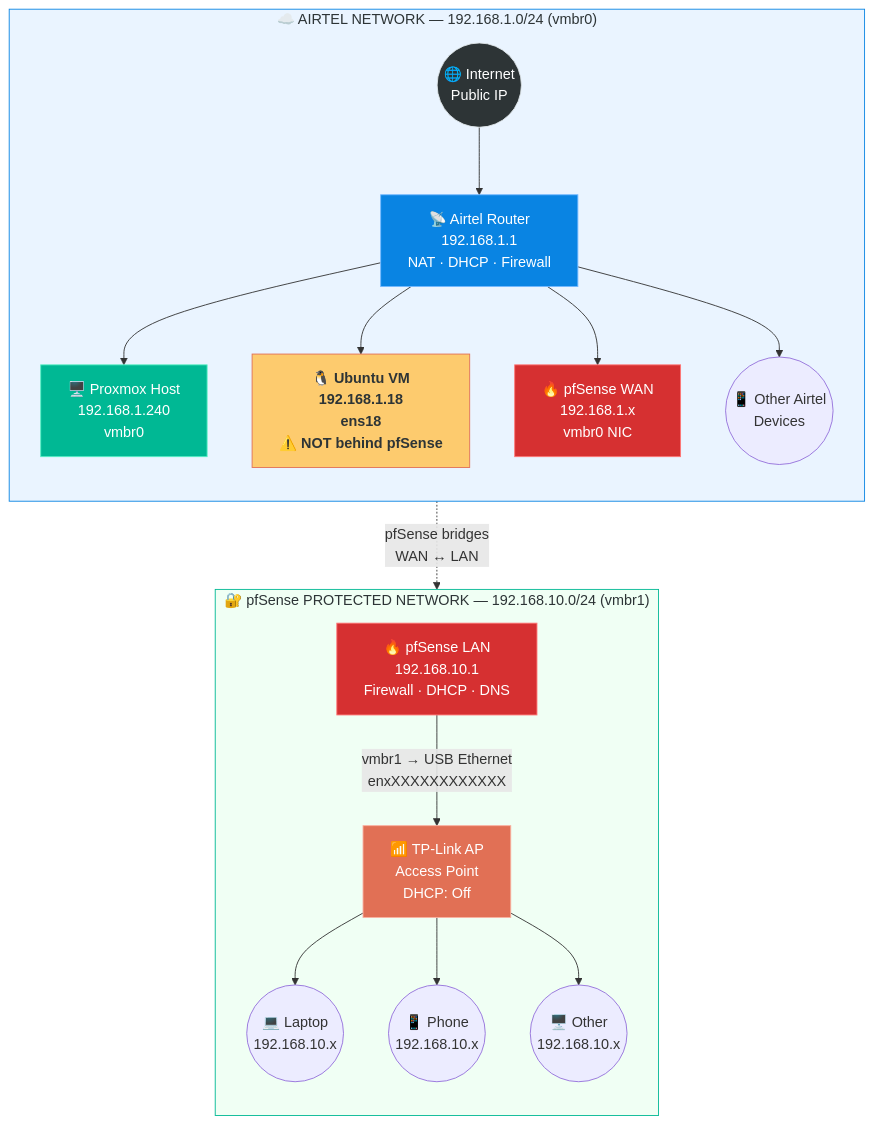
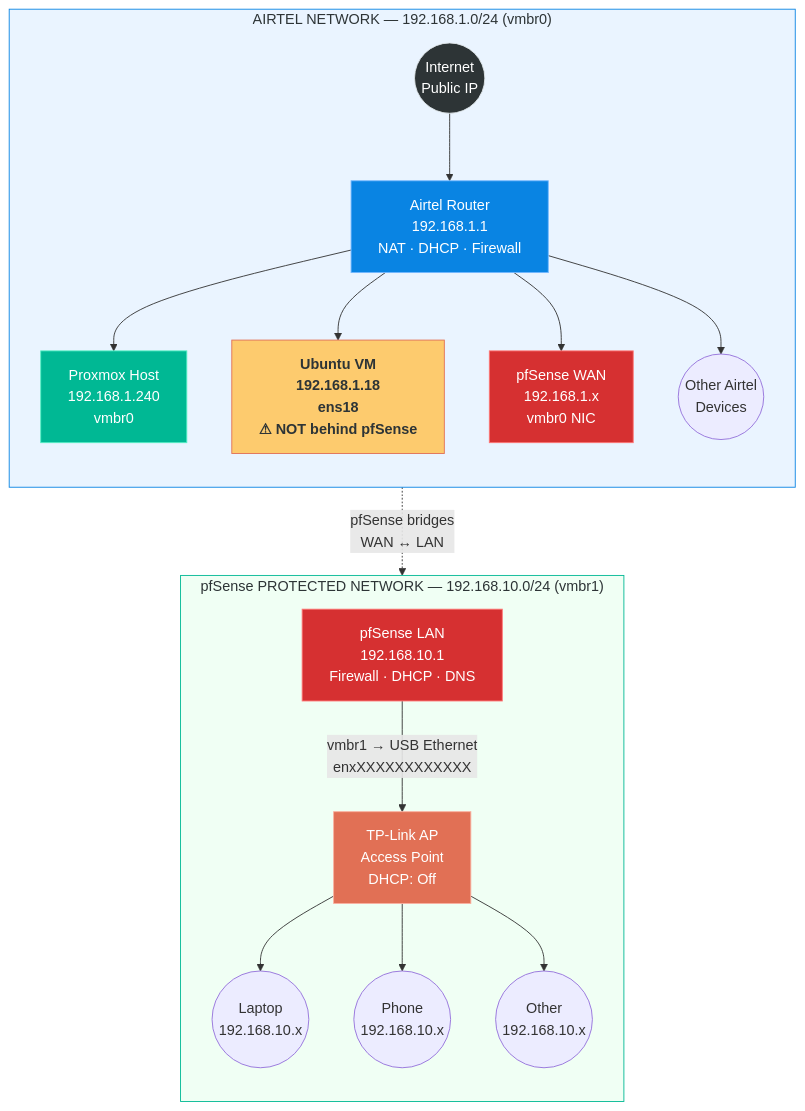
The second of 2 diagrams in docs/01-the-goal.md (ull0sm/pfsense-config-notes), drawn with Mermaid before and after one commit. The commit also changed other lines of this file and 3 other files, not shown here.

````diff
--- a/docs/01-the-goal.md
+++ b/docs/01-the-goal.md
@@ -92,60 +92,60 @@
 ```mermaid
 flowchart TD
-    subgraph WAN ["☁️ AIRTEL NETWORK — 192.168.1.0/24 (vmbr0)"]
+    subgraph WAN [" AIRTEL NETWORK — 192.168.1.0/24 (vmbr0)"]
         direction TB
-        INET(("🌐 Internet\nPublic IP")) --> ISP
+        INET(("Internet\nPublic IP")) --> ISP
 
-        ISP["📡 Airtel Router
+        ISP["Airtel Router
         192.168.1.1
         NAT · DHCP · Firewall"]
 
         ISP --> PVE_HOST & UBUNTU & PF_WAN & OTHER
 
-        PVE_HOST["🖥️ Proxmox Host
+        PVE_HOST[" Proxmox Host
         192.168.1.240
         vmbr0"]
 
-        UBUNTU["🐧 Ubuntu VM
+        UBUNTU["Ubuntu VM
         192.168.1.18
         ens18
-        ⚠️ NOT behind pfSense"]
+        ⚠ NOT behind pfSense"]
 
-        PF_WAN["🔥 pfSense WAN
+        PF_WAN["pfSense WAN
         192.168.1.x
         vmbr0 NIC"]
 
-        OTHER(("📱 Other Airtel
+        OTHER(("Other Airtel
         Devices"))
     end
 
-    subgraph LAN ["🔐 pfSense PROTECTED NETWORK — 192.168.10.0/24 (vmbr1)"]
+    subgraph LAN ["pfSense PROTECTED NETWORK — 192.168.10.0/24 (vmbr1)"]
         direction TB
-        PF_LAN["🔥 pfSense LAN
+        PF_LAN["pfSense LAN
         192.168.10.1
         Firewall · DHCP · DNS"]
 
         PF_LAN -->|"vmbr1 → USB Ethernet\nenxXXXXXXXXXXXX"| TPLINK
 
-        TPLINK["📶 TP-Link AP
+        TPLINK["TP-Link AP
         Access Point
         DHCP: Off"]
 
         TPLINK --> C1 & C2 & C3
 
-        C1(("💻 Laptop\n192.168.10.x"))
-        C2(("📱 Phone\n192.168.10.x"))
-        C3(("🖥️ Other\n192.168.10.x"))
+        C1(("Laptop\n192.168.10.x"))
+        C2(("Phone\n192.168.10.x"))
+        C3((" Other\n192.168.10.x"))
     end
 
     PF_WAN -.->|"pfSense bridges\nWAN ↔ LAN"| PF_LAN
 
     style WAN fill:#eaf4ff,stroke:#0984e3,color:#2d3436
     style LAN fill:#f0fff4,stroke:#00b894,color:#2d3436
     style ISP fill:#0984e3,stroke:#74b9ff,color:#fff
     style UBUNTU fill:#fdcb6e,stroke:#e17055,color:#2d3436,font-weight:bold
     style PF_WAN fill:#d63031,stroke:#ff7675,color:#fff
     style PF_LAN fill:#d63031,stroke:#ff7675,color:#fff
     style TPLINK fill:#e17055,stroke:#fab1a0,color:#fff
     style PVE_HOST fill:#00b894,stroke:#55efc4,color:#fff
     style INET fill:#2d3436,stroke:#dfe6e9,color:#fff
 ```
````
